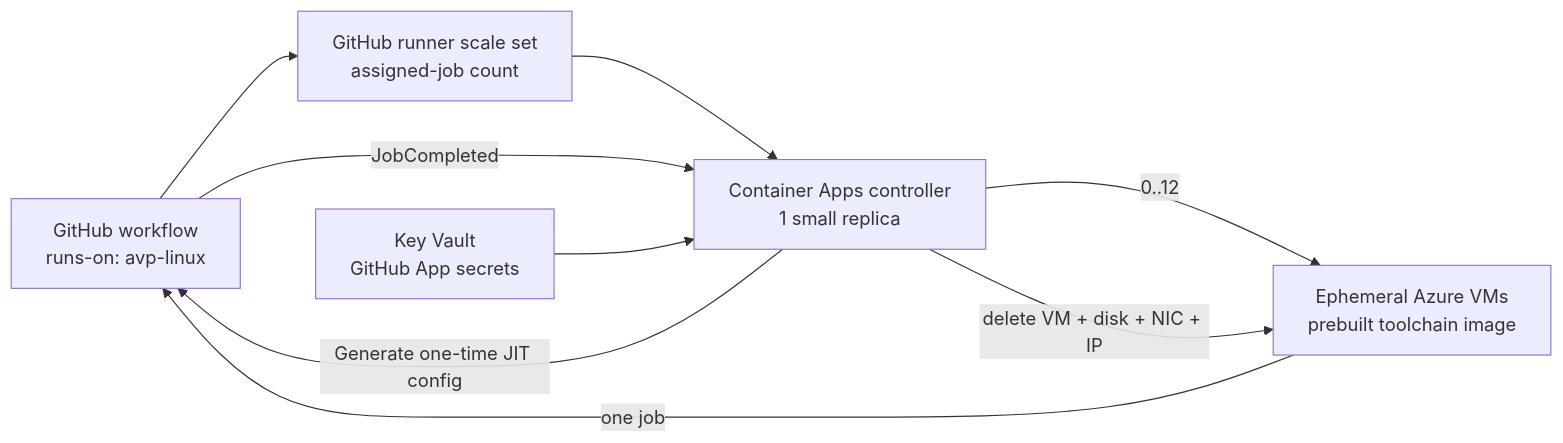
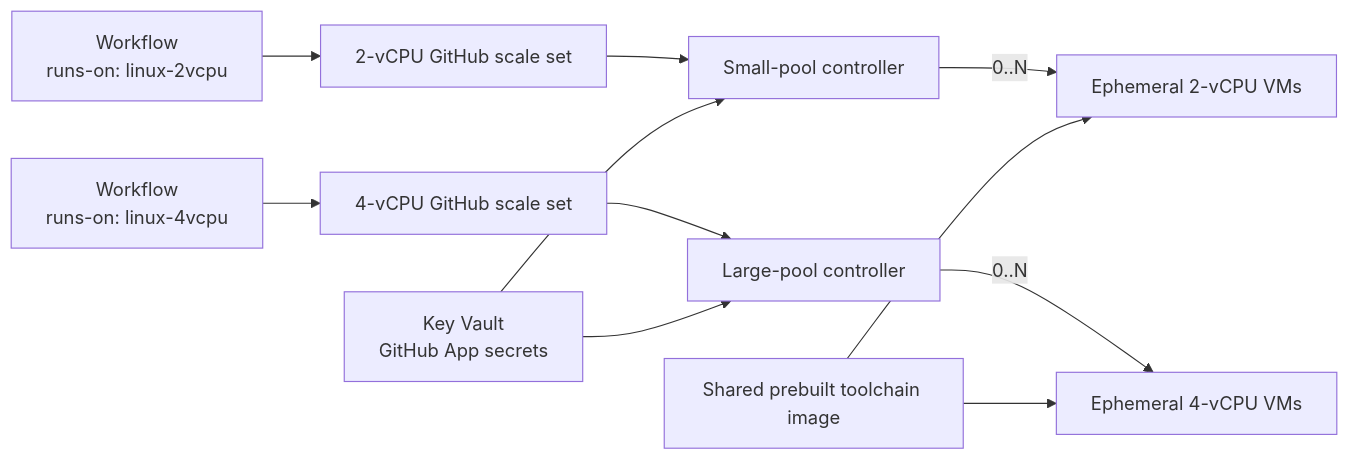
The diagram in README.md (dansiegel/github-actions-runners), drawn with Mermaid before and after one commit. The commit also changed other lines of this file and 17 other files, not shown here.

````diff
--- a/README.md
+++ b/README.md
@@ -17,11 +17,13 @@
 ```mermaid
 flowchart LR
-    G["GitHub workflow<br/>runs-on: avp-linux"] --> S["GitHub runner scale set<br/>assigned-job count"]
-    S --> C["Container Apps controller<br/>1 small replica"]
-    C -->|"Generate one-time JIT config"| G
-    C -->|"0..12"| V["Ephemeral Azure VMs<br/>prebuilt toolchain image"]
-    V -->|"one job"| G
-    G -->|"JobCompleted"| C
-    C -->|"delete VM + disk + NIC + IP"| V
-    K["Key Vault<br/>GitHub App secrets"] --> C
+    W2["Workflow<br/>runs-on: linux-2vcpu"] --> S2["2-vCPU GitHub scale set"]
+    W4["Workflow<br/>runs-on: linux-4vcpu"] --> S4["4-vCPU GitHub scale set"]
+    S2 --> C2["Small-pool controller"]
+    S4 --> C4["Large-pool controller"]
+    C2 -->|"0..N"| V2["Ephemeral 2-vCPU VMs"]
+    C4 -->|"0..N"| V4["Ephemeral 4-vCPU VMs"]
+    I["Shared prebuilt toolchain image"] --> V2
+    I --> V4
+    K["Key Vault<br/>GitHub App secrets"] --> C2
+    K --> C4
 ```
````
